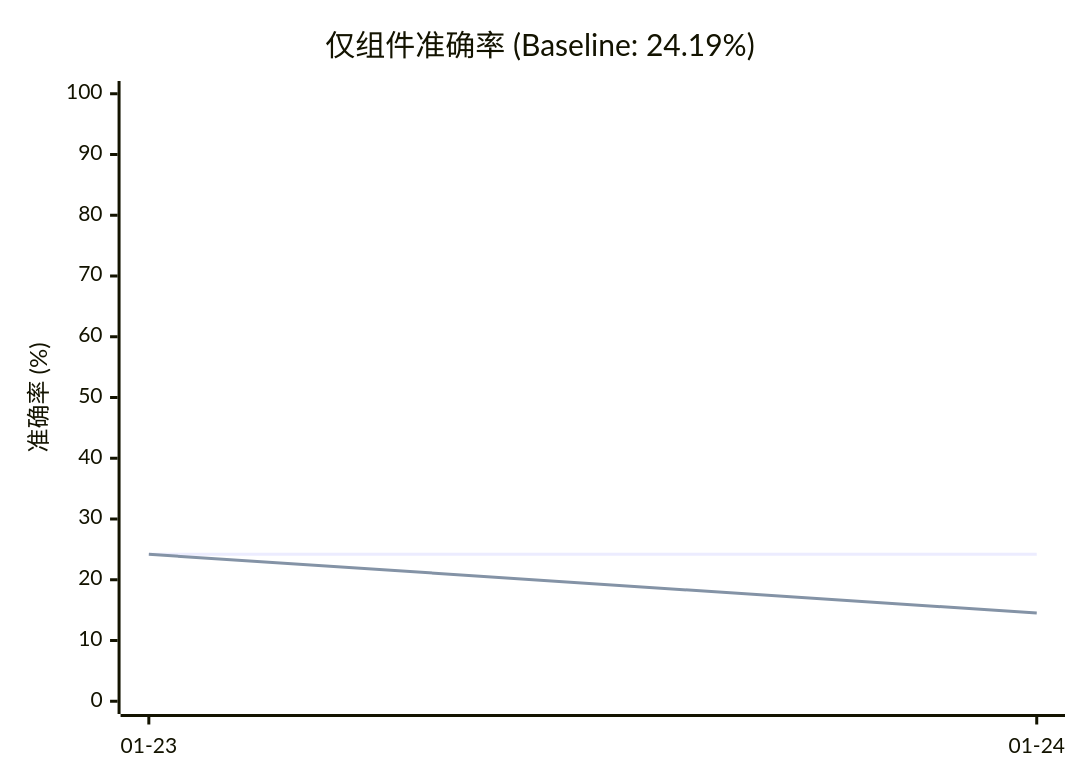
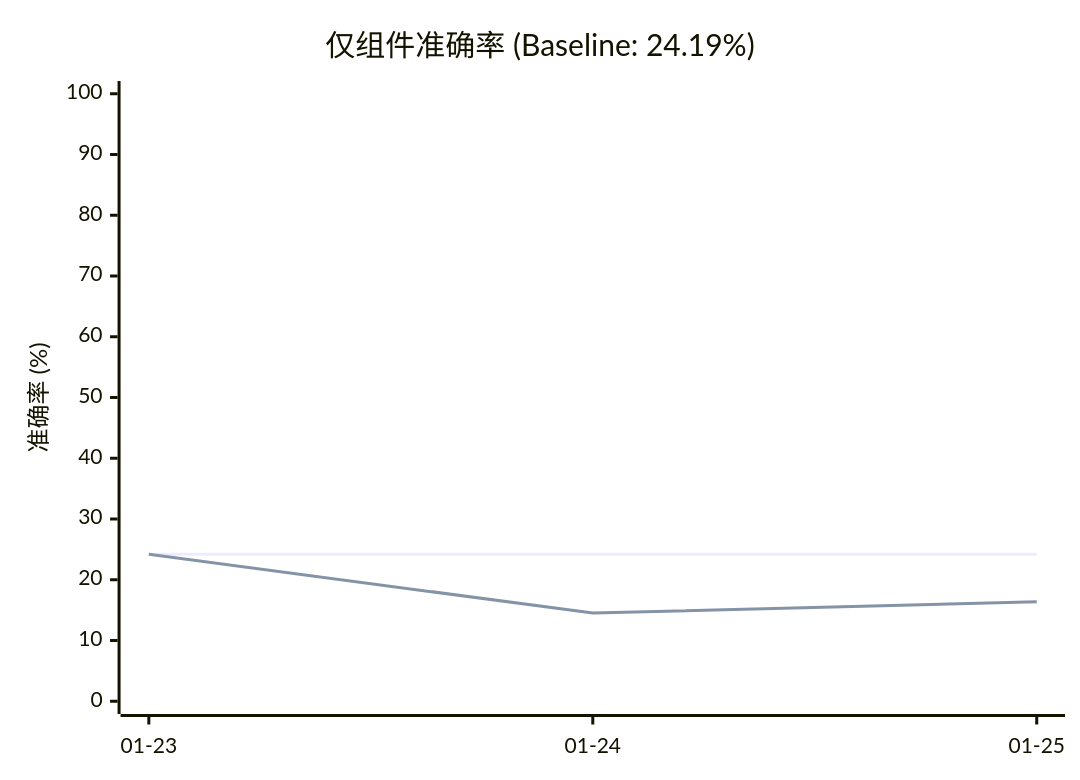
The third of 7 diagrams in evaluation/README.md (gongxh13/rca-agent), drawn with Mermaid before and after one commit. The commit also changed other lines of this file and 154 other files, not shown here.

````diff
--- a/evaluation/README.md
+++ b/evaluation/README.md
@@ -82,8 +83,8 @@
 ```mermaid
 xychart-beta
     title "仅组件准确率 (Baseline: 24.19%)"
-    x-axis ["01-23", "01-24"]
+    x-axis ["01-23", "01-24", "01-25"]
     y-axis "准确率 (%)" 0 --> 100
-    line [24.19, 24.19]
-    line [24.19, 14.52]
+    line [24.19, 24.19, 24.19]
+    line [24.19, 14.52, 16.39]
 ```
````
